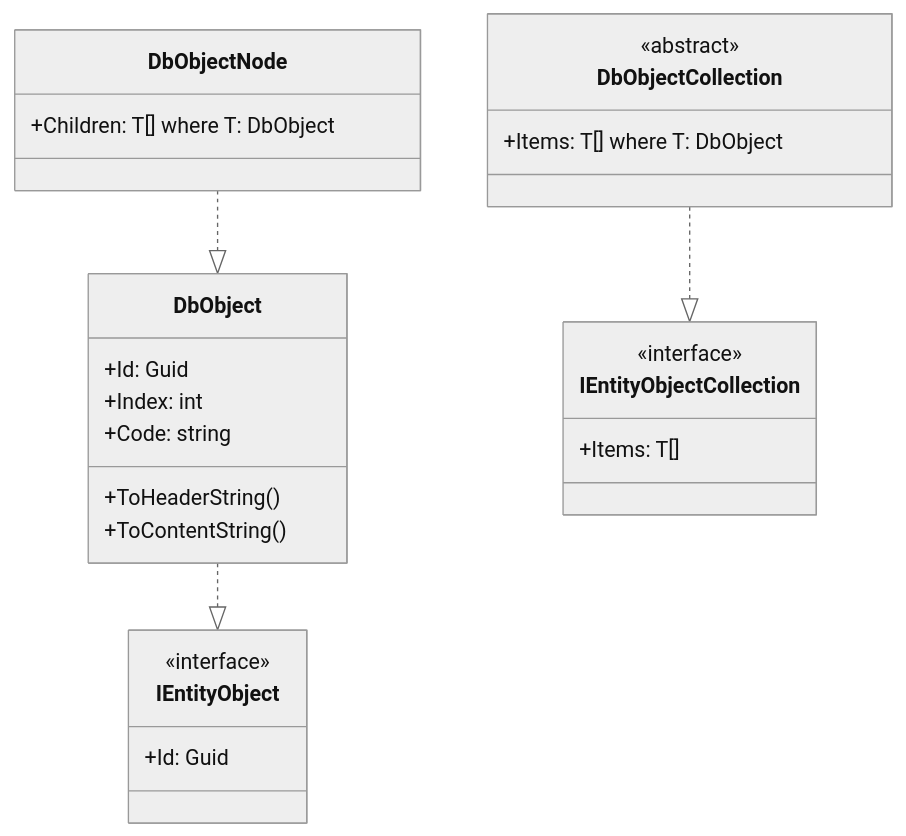
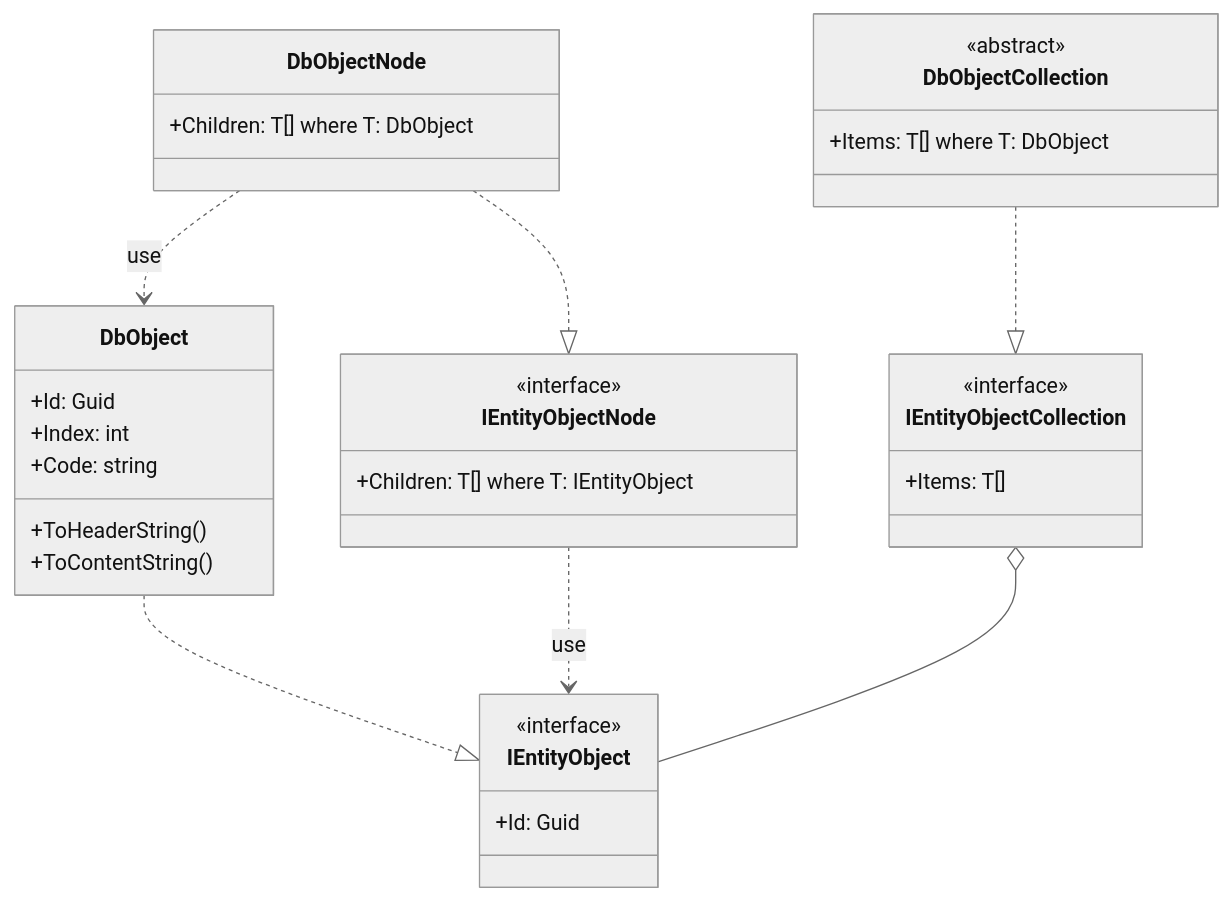
Before and after one commit to hidemuu/mov: the diagram in mkdocs/docs/commons/schema.md, drawn with Mermaid (neutral theme). The commit also changed other lines of this file and 92 other files, not shown here.

````diff
--- a/mkdocs/docs/commons/schema.md
+++ b/mkdocs/docs/commons/schema.md
@@ -17,32 +53,41 @@
 ```mermaid
 classDiagram
     class IEntityObject{
         <<interface>>
         +Id: Guid
     }
     class DbObject {
         +Id: Guid
         +Index: int
         +Code: string
         +ToHeaderString()
         +ToContentString()
     }
+    class IEntityObjectNode{
+        <<interface>>
+        +Children: T[] where T: IEntityObject
+    }
     class DbObjectNode {
         +Children: T[] where T: DbObject
     }
 
+
     DbObject ..|> IEntityObject
-    DbObjectNode ..|> DbObject
+    IEntityObjectNode ..> IEntityObject: use
+    DbObjectNode ..> DbObject: use
+    DbObjectNode ..|> IEntityObjectNode
 
     class IEntityObjectCollection{
         <<interface>>
         +Items: T[]
     }
 
     DbObjectCollection ..|> IEntityObjectCollection
 
     class DbObjectCollection {
         <<abstract>>
         +Items: T[] where T: DbObject
     }
+
+    IEntityObjectCollection o-- IEntityObject
 ```
````
